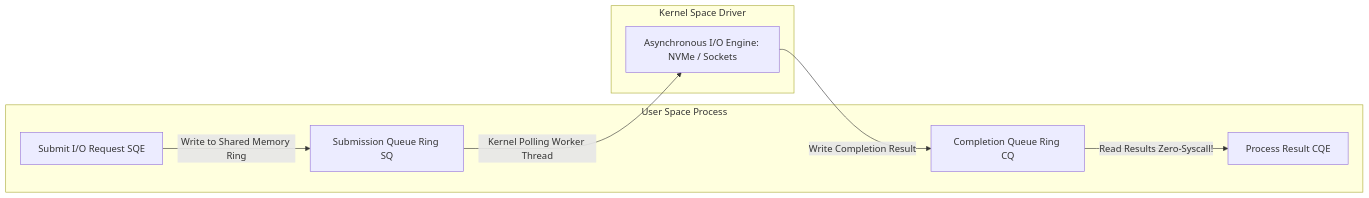
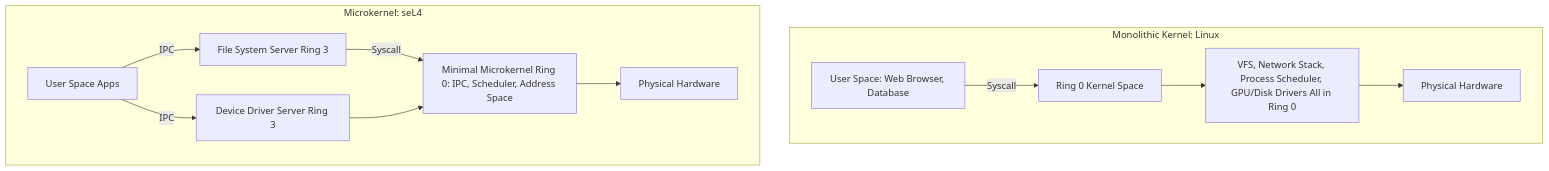
Before and after one commit to Rizki2204/ultimate-learning-paths: the diagram in curriculum/07-os-internals-linux/111-pemisahan-ruang-hak-akses-cpu-rings.md, drawn with Mermaid. The commit also changed other lines of this file and 533 other files, not shown here.

````diff
--- a/curriculum/07-os-internals-linux/111-pemisahan-ruang-hak-akses-cpu-rings.md
+++ b/curriculum/07-os-internals-linux/111-pemisahan-ruang-hak-akses-cpu-rings.md
@@ -37,11 +39,15 @@
 ```mermaid
-graph LR
-subgraph User Space Process
-A[Submit I/O Request SQE] -->|Write to Shared Memory Ring| B[Submission Queue Ring SQ]
-D[Completion Queue Ring CQ] -->|Read Results Zero-Syscall!| E[Process Result CQE]
+graph TD
+subgraph Monolithic Kernel: Linux
+A[User Space: Web Browser, Database] -->|Syscall| B[Ring 0 Kernel Space]
+B --> C[VFS, Network Stack, Process Scheduler, GPU/Disk Drivers All in Ring 0]
+C --> D[Physical Hardware]
 end
-subgraph Kernel Space Driver
-B -->|Kernel Polling Worker Thread| C[Asynchronous I/O Engine: NVMe / Sockets]
-C -->|Write Completion Result| D
+subgraph Microkernel: seL4
+E[User Space Apps] -->|IPC| F[File System Server Ring 3]
+E -->|IPC| G[Device Driver Server Ring 3]
+F -->|Syscall| H[Minimal Microkernel Ring 0: IPC, Scheduler, Address Space]
+G --> H
+H --> I[Physical Hardware]
 end
 ```
````
